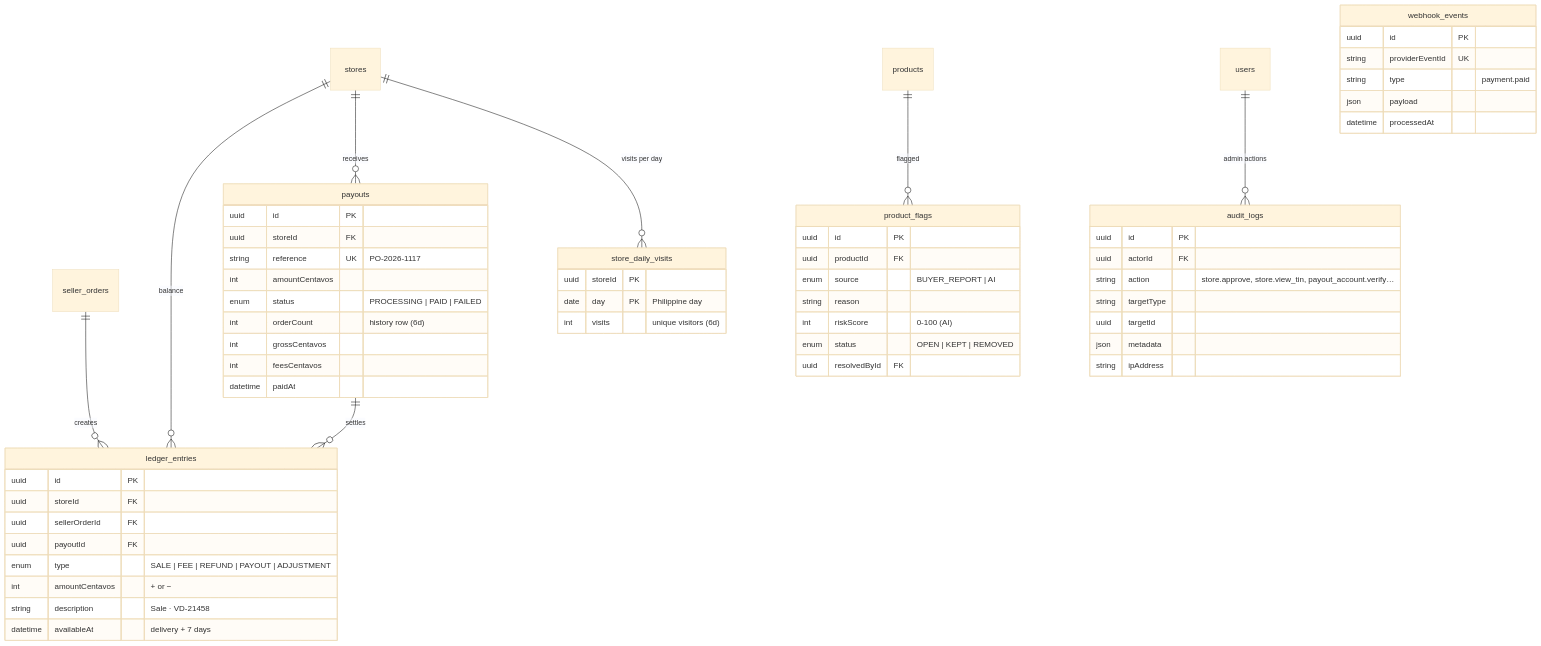
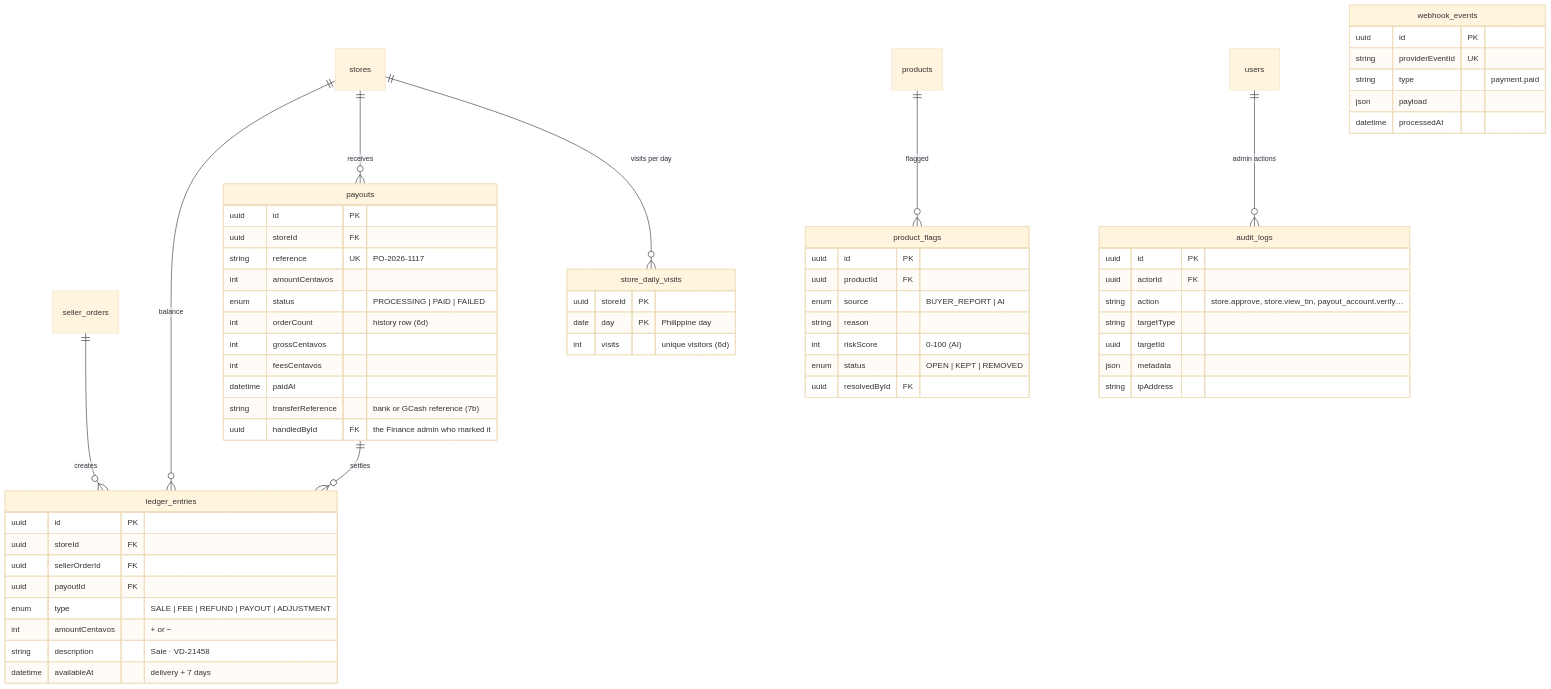
One commit to Justin-25/E-commerce-FullStack-project changed the fifth of 5 diagrams in backend/docs/database-design.md. Above: the diagram before and after it, drawn with Mermaid (base theme). The commit also changed other lines of this file and 20 other files, not shown here.

First line of the commit message:
Add Finance payouts and refunds to admin (milestone 7b)

````diff
--- a/backend/docs/database-design.md
+++ b/backend/docs/database-design.md
@@ -401,61 +404,63 @@
 ```mermaid
 erDiagram
   stores ||--o{ ledger_entries : "balance"
   seller_orders ||--o{ ledger_entries : "creates"
   stores ||--o{ payouts : "receives"
   payouts ||--o{ ledger_entries : "settles"
   stores ||--o{ store_daily_visits : "visits per day"
   products ||--o{ product_flags : "flagged"
   users ||--o{ audit_logs : "admin actions"
   ledger_entries {
     uuid id PK
     uuid storeId FK
     uuid sellerOrderId FK
     uuid payoutId FK
     enum type "SALE | FEE | REFUND | PAYOUT | ADJUSTMENT"
     int amountCentavos "+ or −"
     string description "Sale · VD-21458"
     datetime availableAt "delivery + 7 days"
   }
   payouts {
     uuid id PK
     uuid storeId FK
     string reference UK "PO-2026-1117"
     int amountCentavos
     enum status "PROCESSING | PAID | FAILED"
     int orderCount "history row (6d)"
     int grossCentavos
     int feesCentavos
     datetime paidAt
+    string transferReference "bank or GCash reference (7b)"
+    uuid handledById FK "the Finance admin who marked it"
   }
   store_daily_visits {
     uuid storeId PK
     date day PK "Philippine day"
     int visits "unique visitors (6d)"
   }
   webhook_events {
     uuid id PK
     string providerEventId UK
     string type "payment.paid"
     json payload
     datetime processedAt
   }
   product_flags {
     uuid id PK
     uuid productId FK
     enum source "BUYER_REPORT | AI"
     string reason
     int riskScore "0-100 (AI)"
     enum status "OPEN | KEPT | REMOVED"
     uuid resolvedById FK
   }
   audit_logs {
     uuid id PK
     uuid actorId FK
     string action "store.approve, store.view_tin, payout_account.verify…"
     string targetType
     uuid targetId
     json metadata
     string ipAddress
   }
 ```
````
